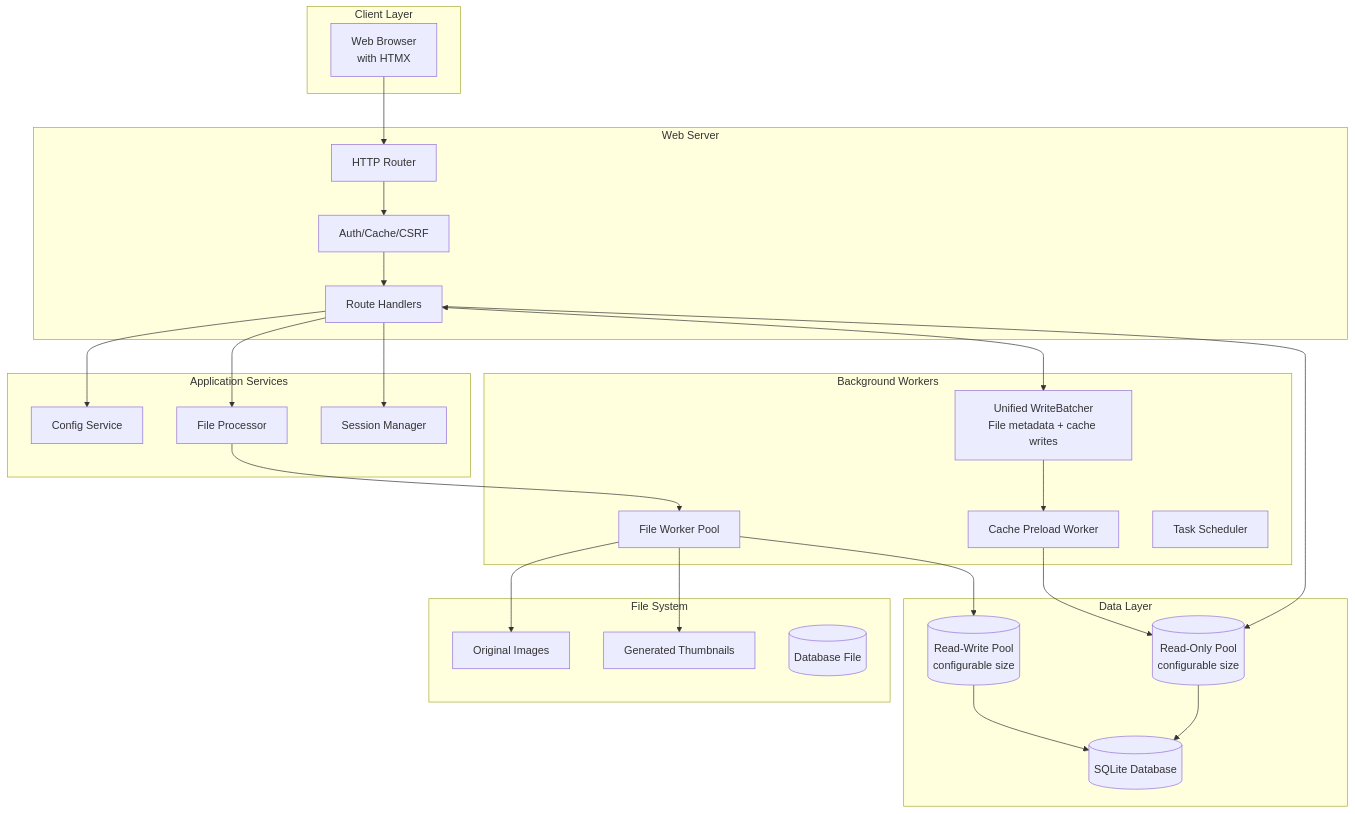
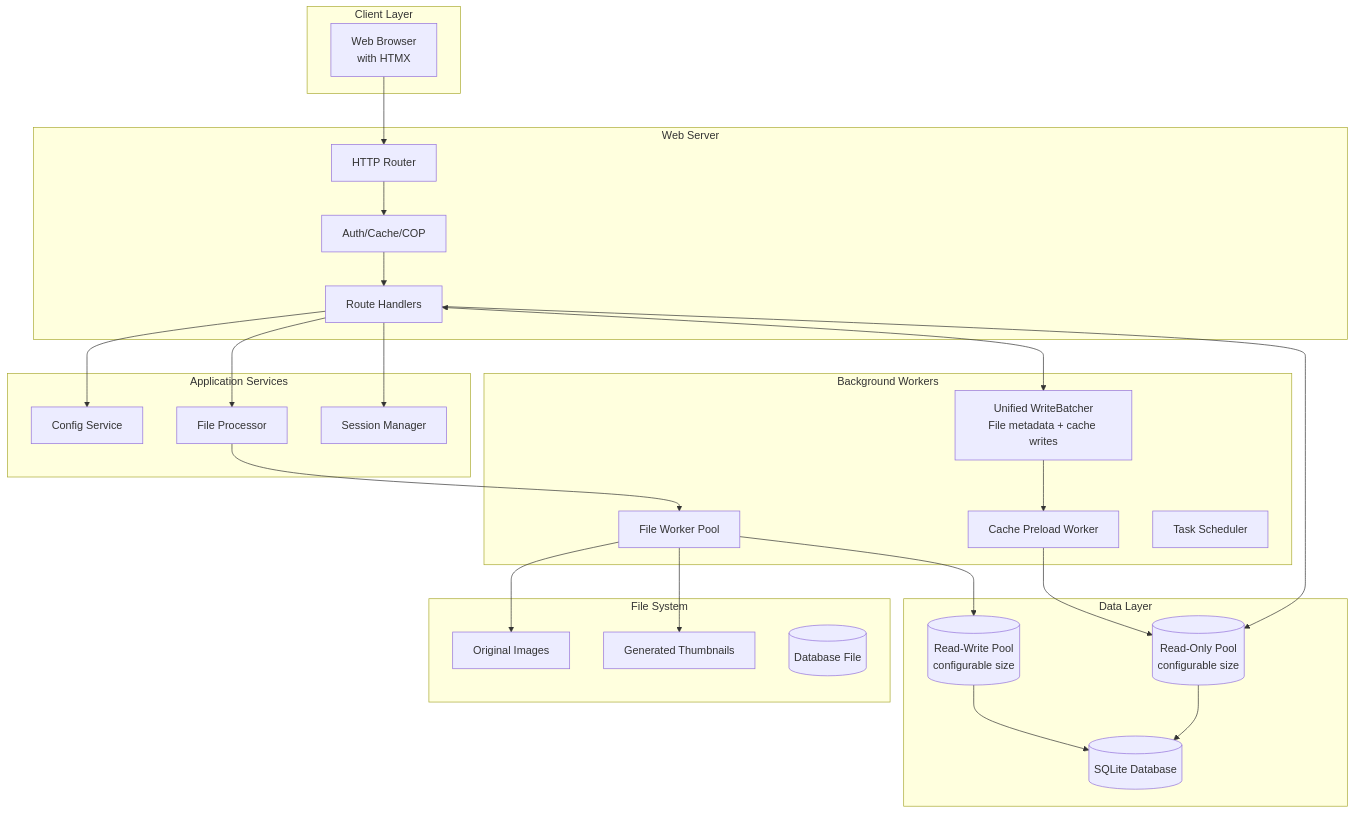
Before and after one commit to lbe/sfpg-go: the first of 20 diagrams in docs/ARCHITECTURE.md, drawn with Mermaid. The commit also changed other lines of this file and 247 other files, not shown here.

````diff
--- a/docs/ARCHITECTURE.md
+++ b/docs/ARCHITECTURE.md
@@ -60,58 +60,58 @@
 ```mermaid
 graph TB
     subgraph "Client Layer"
         Browser[Web Browser<br/>with HTMX]
     end
 
     subgraph "Web Server"
         Router[HTTP Router]
-        Middleware[Auth/Cache/CSRF]
+        Middleware[Auth/Cache/COP]
         Handlers[Route Handlers]
     end
 
     subgraph "Application Services"
         ConfigSvc[Config Service]
         FileProc[File Processor]
         SessionMgr[Session Manager]
     end
 
     subgraph "Background Workers"
         FileWorkerPool[File Worker Pool]
         CacheWorker[Unified WriteBatcher<br/>File metadata + cache writes]
         PreloadWorker[Cache Preload Worker]
         Scheduler[Task Scheduler]
     end
 
     subgraph "Data Layer"
         SQLite[(SQLite Database)]
         ROConn[(Read-Only Pool<br/>configurable size)]
         RWConn[(Read-Write Pool<br/>configurable size)]
     end
 
     subgraph "File System"
         Images[Original Images]
         Thumbnails[Generated Thumbnails]
         Database[(Database File)]
     end
 
     Browser --> Router
     Router --> Middleware
     Middleware --> Handlers
 
     Handlers --> ConfigSvc
     Handlers --> FileProc
     Handlers --> SessionMgr
 
     Handlers <--> CacheWorker
     CacheWorker --> PreloadWorker
     PreloadWorker --> ROConn
 
     FileProc --> FileWorkerPool
     FileWorkerPool --> Images
     FileWorkerPool --> Thumbnails
     FileWorkerPool --> RWConn
 
     Handlers --> ROConn
     ROConn --> SQLite
     RWConn --> SQLite
 ```
````
